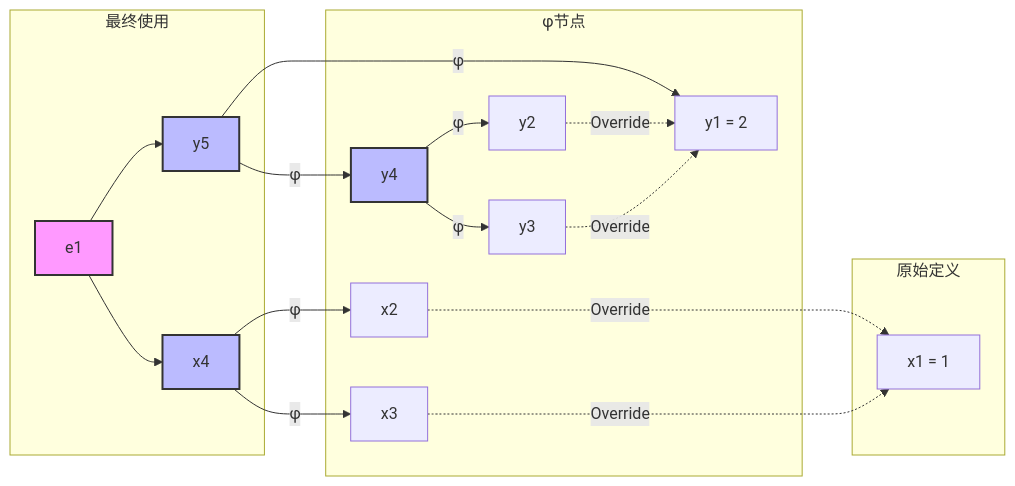
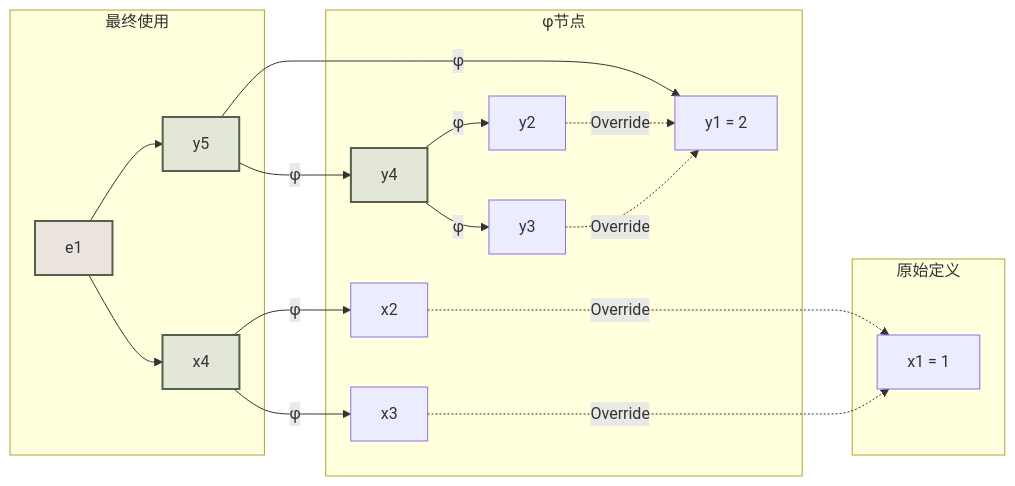
Before and after one commit to yaklang/ssa.to: the fifth of 11 diagrams in static-analysis-guide/topic-compiler-for-static-analysis.mdx, drawn with Mermaid. The commit also changed other lines of this file and 91 other files, not shown here.

````diff
--- a/static-analysis-guide/topic-compiler-for-static-analysis.mdx
+++ b/static-analysis-guide/topic-compiler-for-static-analysis.mdx
@@ -229,29 +237,29 @@
 ```mermaid
 flowchart LR
     subgraph "最终使用"
         e1["e1"] --> x4["x4"]
         e1 --> y5["y5"]
     end
     
     subgraph "φ节点"
         x4 --> |"φ"| x2["x2"]
         x4 --> |"φ"| x3["x3"]
         y5 --> |"φ"| y1["y1"]
         y5 --> |"φ"| y4["y4"]
         y4 --> |"φ"| y2["y2"]
         y4 --> |"φ"| y3["y3"]
     end
 
     subgraph "原始定义"
         x2 -...->|"Override"| x1["x1 = 1"]
         x3 -...->|"Override"| x1
         y2 -.->|"Override"| y1["y1 = 2"]
         y3 -.->|"Override"| y1
     end
 
-    style e1 fill:#f9f,stroke:#333,stroke-width:2px
-    style x4 fill:#bbf,stroke:#333,stroke-width:2px
-    style y5 fill:#bbf,stroke:#333,stroke-width:2px
-    style y4 fill:#bbf,stroke:#333,stroke-width:2px
+    style e1 fill:#ebe3dd,stroke:#52604c,stroke-width:2px
+    style x4 fill:#e2e7d7,stroke:#52604c,stroke-width:2px
+    style y5 fill:#e2e7d7,stroke:#52604c,stroke-width:2px
+    style y4 fill:#e2e7d7,stroke:#52604c,stroke-width:2px
 
 ```
````
